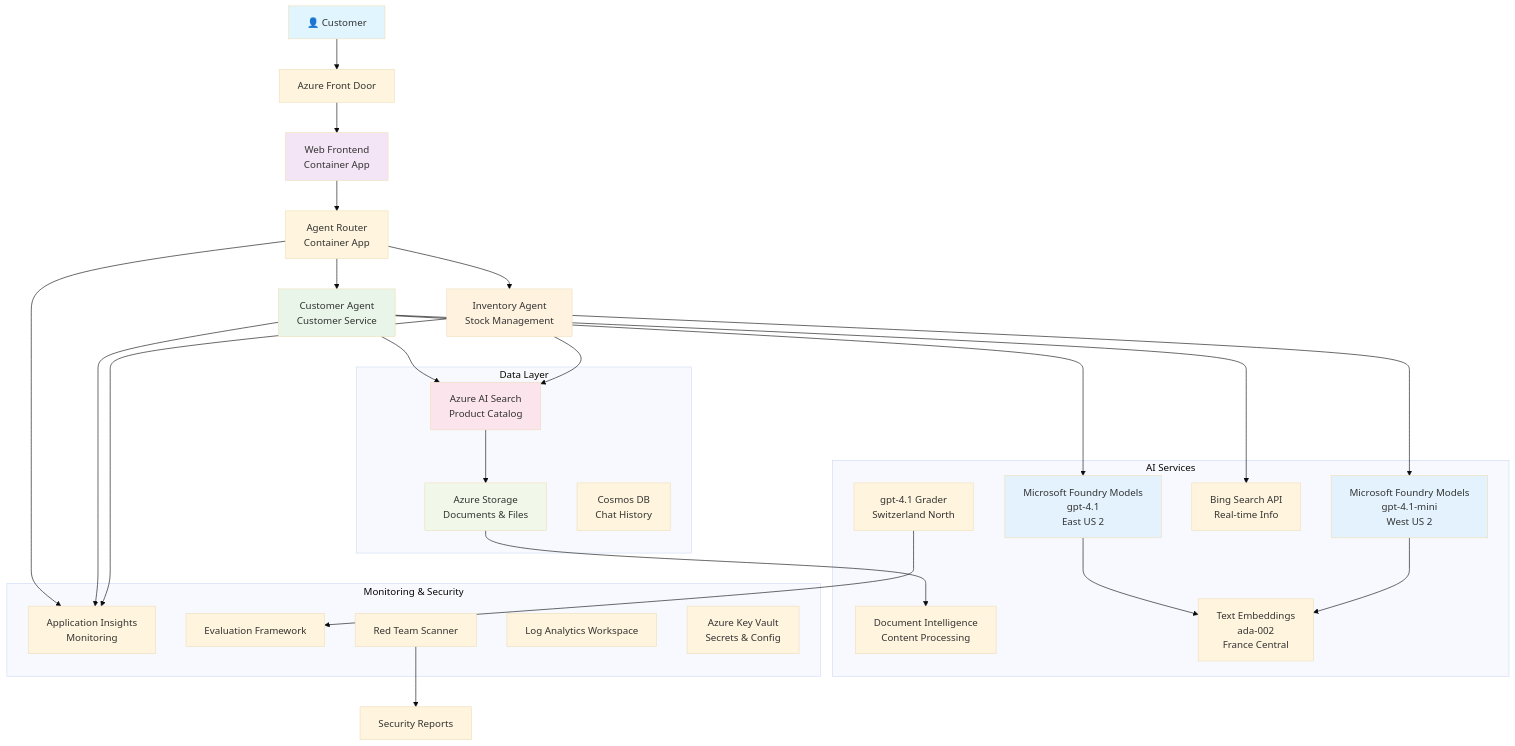
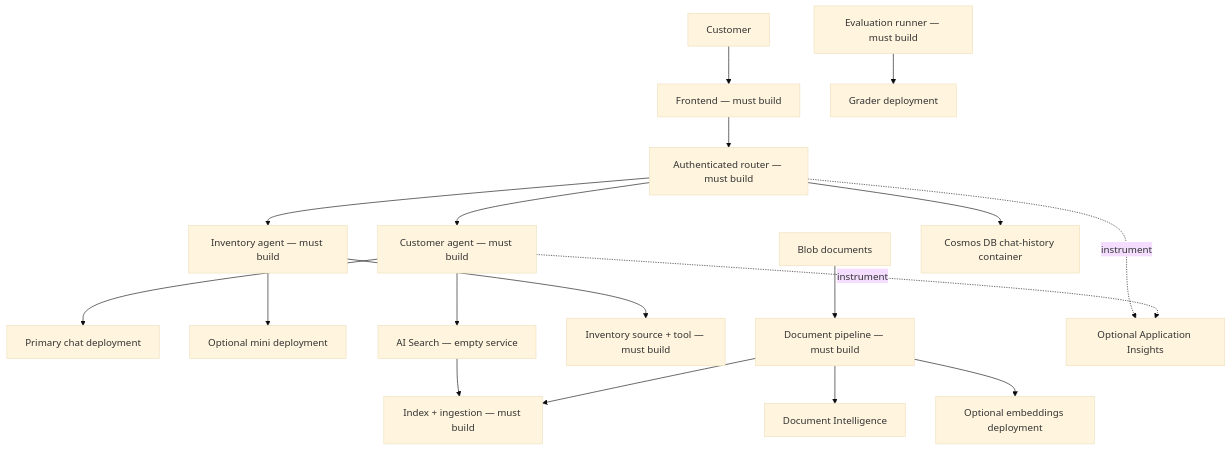
The diagram in examples/retail-scenario.md (microsoft/AZD-for-beginners), drawn with Mermaid (base theme) before and after one commit. The commit also changed other lines of this file and 104 other files, not shown here.

````diff
--- a/examples/retail-scenario.md
+++ b/examples/retail-scenario.md
@@ -139,61 +40,20 @@
 ```mermaid
-graph TB
-    User[👤 Customer] --> LB[Azure Front Door]
-    LB --> WebApp[Web Frontend<br/>Container App]
-    
-    WebApp --> Router[Agent Router<br/>Container App]
-    Router --> CustomerAgent[Customer Agent<br/>Customer Service]
-    Router --> InvAgent[Inventory Agent<br/>Stock Management]
-    
-    CustomerAgent --> OpenAI1[Microsoft Foundry Models<br/>gpt-4.1<br/>East US 2]
-    InvAgent --> OpenAI2[Microsoft Foundry Models<br/>gpt-4.1-mini<br/>West US 2]
-    
-    CustomerAgent --> AISearch[Azure AI Search<br/>Product Catalog]
-    CustomerAgent --> BingSearch[Bing Search API<br/>Real-time Info]
-    InvAgent --> AISearch
-    
-    AISearch --> Storage[Azure Storage<br/>Documents & Files]
-    Storage --> DocIntel[Document Intelligence<br/>Content Processing]
-    
-    OpenAI1 --> Embeddings[Text Embeddings<br/>ada-002<br/>France Central]
-    OpenAI2 --> Embeddings
-    
-    Router --> AppInsights[Application Insights<br/>Monitoring]
-    CustomerAgent --> AppInsights
-    InvAgent --> AppInsights
-    
-    GraderModel[gpt-4.1 Grader<br/>Switzerland North] --> Evaluation[Evaluation Framework]
-    RedTeam[Red Team Scanner] --> SecurityReports[Security Reports]
-    
-    subgraph "Data Layer"
-        Storage
-        AISearch
-        CosmosDB[Cosmos DB<br/>Chat History]
-    end
-    
-    subgraph "AI Services"
-        OpenAI1
-        OpenAI2
-        Embeddings
-        GraderModel
-        DocIntel
-        BingSearch
-    end
-    
-    subgraph "Monitoring & Security"
-        AppInsights
-        LogAnalytics[Log Analytics Workspace]
-        KeyVault[Azure Key Vault<br/>Secrets & Config]
-        RedTeam
-        Evaluation
-    end
-    
-    style User fill:#e1f5fe
-    style WebApp fill:#f3e5f5
-    style CustomerAgent fill:#e8f5e8
-    style InvAgent fill:#fff3e0
-    style OpenAI1 fill:#e3f2fd
-    style OpenAI2 fill:#e3f2fd
-    style AISearch fill:#fce4ec
-    style Storage fill:#f1f8e9
+flowchart TB
+    User[Customer] --> Frontend[Frontend — must build]
+    Frontend --> Router[Authenticated router — must build]
+    Router --> Customer[Customer agent — must build]
+    Router --> Inventory[Inventory agent — must build]
+    Customer --> Chat[Primary chat deployment]
+    Inventory --> Mini[Optional mini deployment]
+    Customer --> Search[AI Search — empty service]
+    Inventory --> Stock[Inventory source + tool — must build]
+    Search --> Index[Index + ingestion — must build]
+    Blob[Blob documents] --> Processor[Document pipeline — must build]
+    Processor --> DocAI[Document Intelligence]
+    Processor --> Embeddings[Optional embeddings deployment]
+    Processor --> Index
+    Router --> Cosmos[Cosmos DB chat-history container]
+    Router -. instrument .-> Insights[Optional Application Insights]
+    Customer -. instrument .-> Insights
+    Eval[Evaluation runner — must build] --> Grader[Grader deployment]
 ```
````
